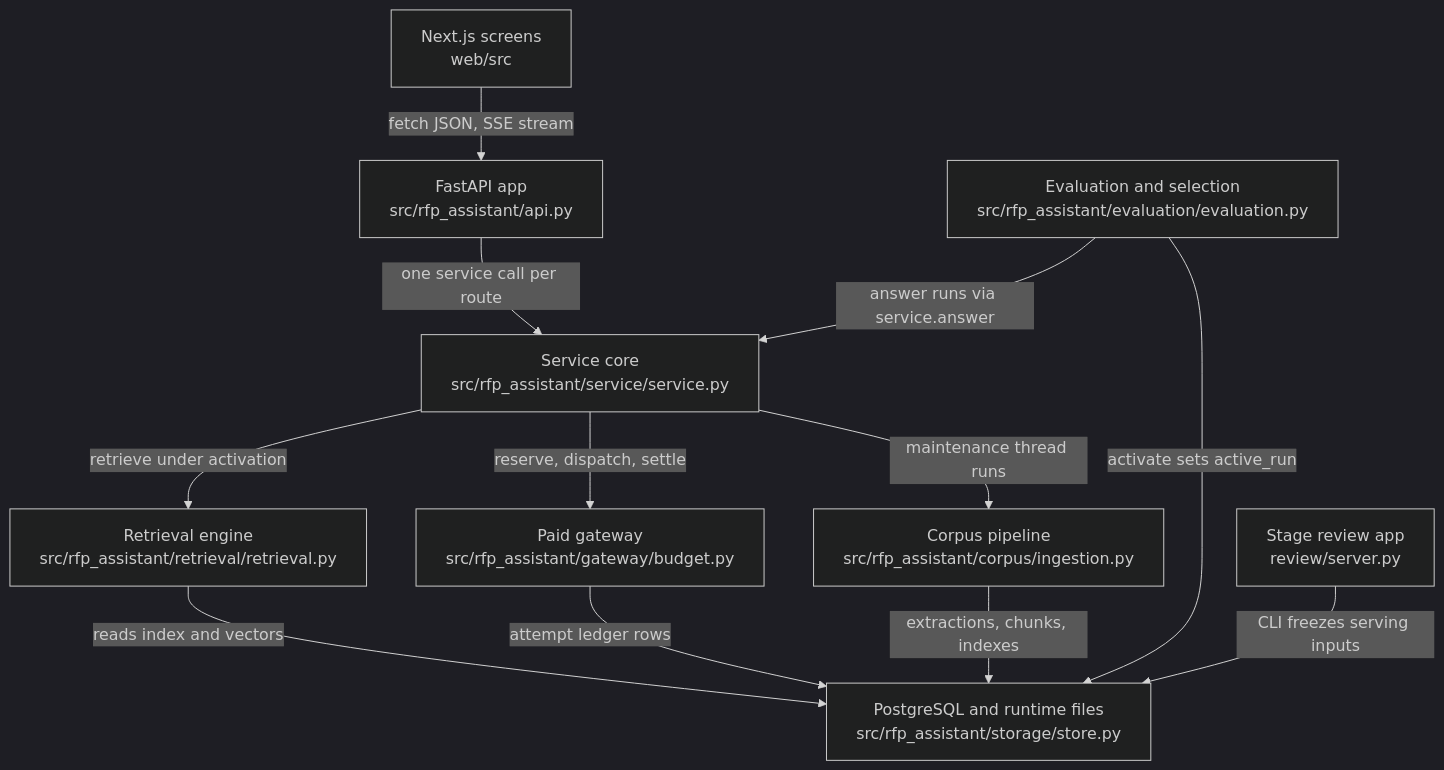
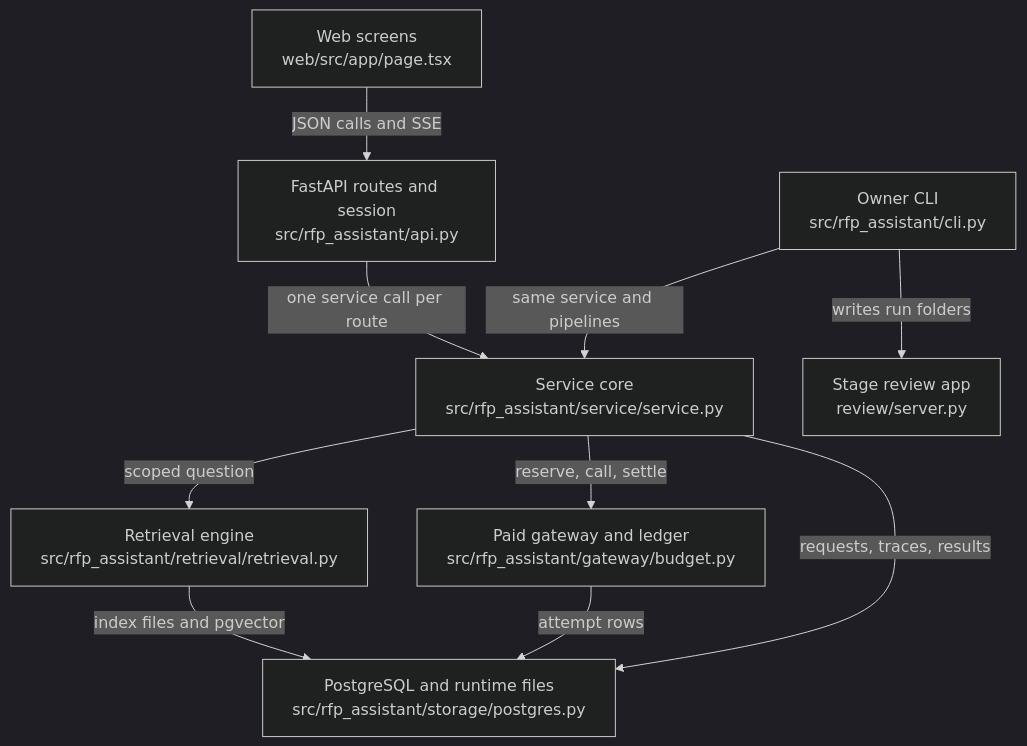
One commit to littleeeeebit/project-codeit-mid changed the diagram in .omm/overall-architecture/diagram.mmd. Above: the diagram before and after it, drawn with Mermaid (dark theme). The commit also changed 400 other files, not shown here.

```diff
--- a/.omm/overall-architecture/diagram.mmd
+++ b/.omm/overall-architecture/diagram.mmd
@@ -1,12 +1,18 @@
 graph TD
-  web-screens["Next.js screens\nweb/src"] -->|fetch JSON, SSE stream| http-api["FastAPI app\nsrc/rfp_assistant/api.py"]
-  http-api -->|one service call per route| service-core["Service core\nsrc/rfp_assistant/service/service.py"]
-  service-core -->|retrieve under activation| retrieval-engine["Retrieval engine\nsrc/rfp_assistant/retrieval/retrieval.py"]
-  service-core -->|reserve, dispatch, settle| paid-gateway["Paid gateway\nsrc/rfp_assistant/gateway/budget.py"]
-  retrieval-engine -->|reads index and vectors| postgres-storage["PostgreSQL and runtime files\nsrc/rfp_assistant/storage/store.py"]
-  paid-gateway -->|attempt ledger rows| postgres-storage
-  service-core -->|maintenance thread runs| corpus-pipeline["Corpus pipeline\nsrc/rfp_assistant/corpus/ingestion.py"]
-  corpus-pipeline -->|extractions, chunks, indexes| postgres-storage
-  evaluation-selection["Evaluation and selection\nsrc/rfp_assistant/evaluation/evaluation.py"] -->|answer runs via service.answer| service-core
-  evaluation-selection -->|activate sets active_run| postgres-storage
-  stage-review-app["Stage review app\nreview/server.py"] -->|CLI freezes serving inputs| postgres-storage
+  screens["Web screens\nweb/src/app/page.tsx"]
+  api["FastAPI routes and session\nsrc/rfp_assistant/api.py"]
+  service["Service core\nsrc/rfp_assistant/service/service.py"]
+  retrieval["Retrieval engine\nsrc/rfp_assistant/retrieval/retrieval.py"]
+  gateway["Paid gateway and ledger\nsrc/rfp_assistant/gateway/budget.py"]
+  stores["PostgreSQL and runtime files\nsrc/rfp_assistant/storage/postgres.py"]
+  cli["Owner CLI\nsrc/rfp_assistant/cli.py"]
+  review["Stage review app\nreview/server.py"]
+  screens -->|JSON calls and SSE| api
+  api -->|one service call per route| service
+  cli -->|same service and pipelines| service
+  service -->|scoped question| retrieval
+  service -->|reserve, call, settle| gateway
+  retrieval -->|index files and pgvector| stores
+  gateway -->|attempt rows| stores
+  service -->|requests, traces, results| stores
+  cli -->|writes run folders| review
```
